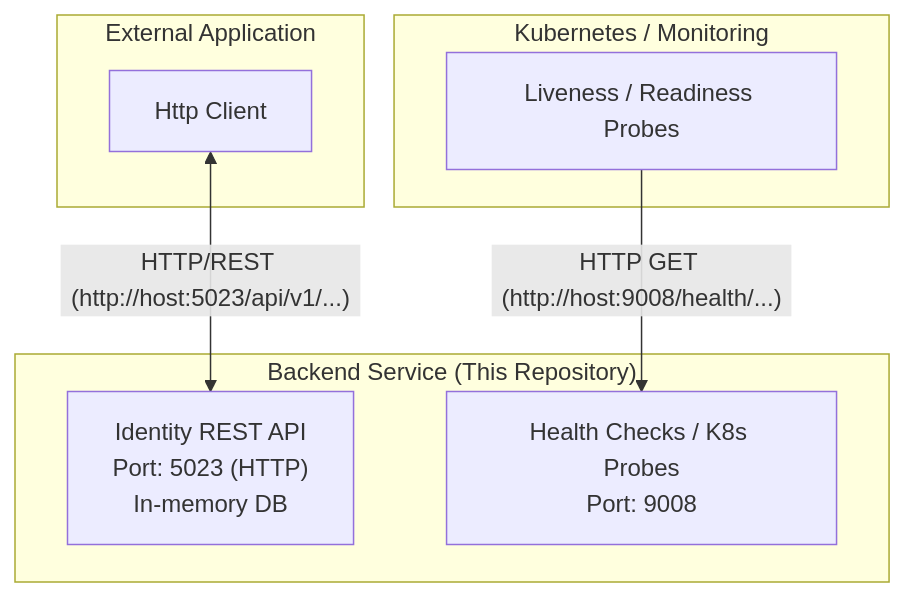
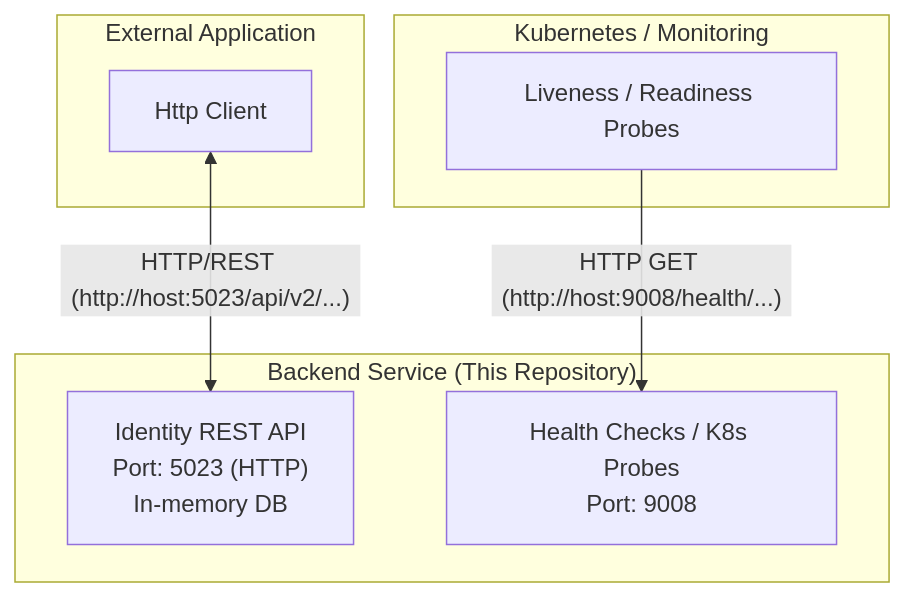
One commit to ISubkowskI/ae-poc-identity-webapi changed the diagram in README.md. Above: the diagram before and after it, drawn with Mermaid.

Commit message:
Improve README.md

````diff
--- a/README.md
+++ b/README.md
@@ -9,19 +9,19 @@
 ```mermaid
 graph TD
 
     subgraph "External Application"
         lblExternalApp["Http Client"]
     end
 
     subgraph "Backend Service (This Repository)"
         lblBackendService["Identity REST API<br/>Port: 5023 (HTTP)<br/>In-memory DB"]
         lblHealth["Health Checks / K8s Probes<br/>Port: 9008"]
     end
     
     subgraph "Kubernetes / Monitoring"
         lblK8s["Liveness / Readiness Probes"]
     end
 
-    lblExternalApp -- "HTTP/REST (http://host:5023/api/v1/...)" <--> lblBackendService
+    lblExternalApp -- "HTTP/REST (http://host:5023/api/v2/...)" <--> lblBackendService
     lblK8s -- "HTTP GET (http://host:9008/health/...)" --> lblHealth
 ```
````
